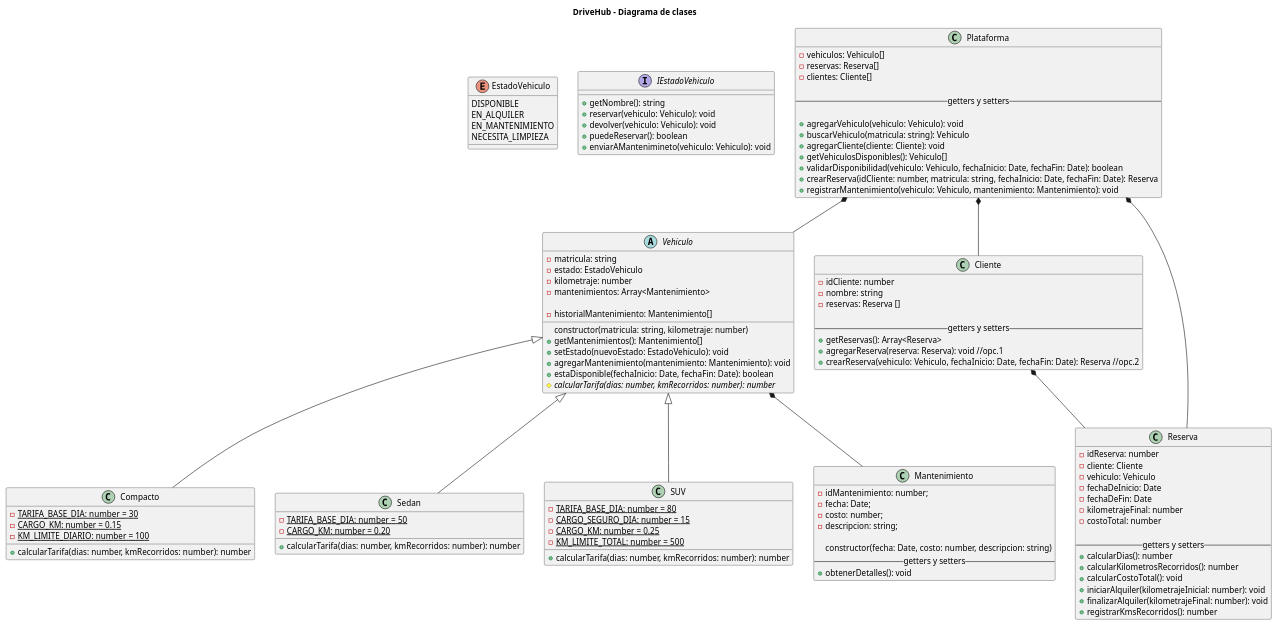
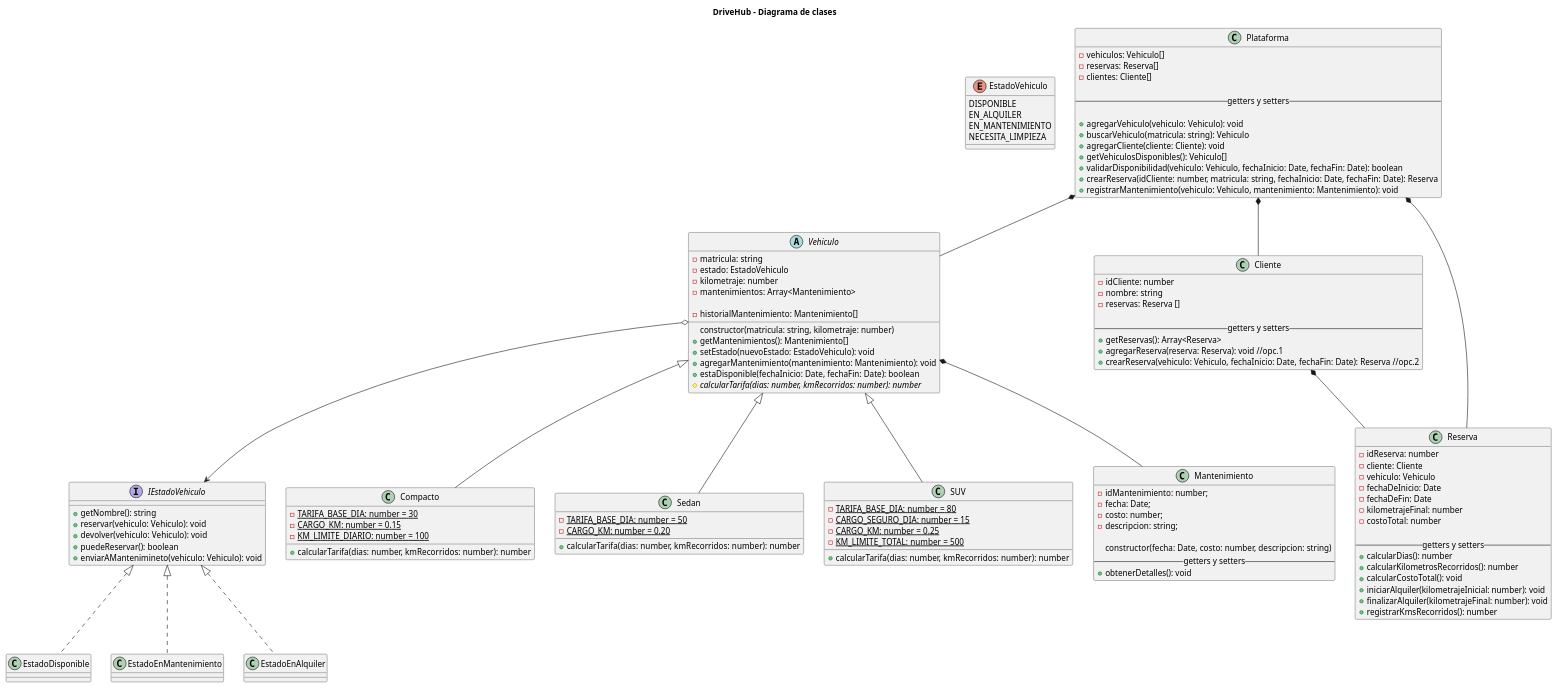
Before and after one commit to martingustavolopez/PROGRAMACION-II-CUVL: the diagram in diagramas/diagrama.puml, drawn with PlantUML.

Commit message:
Planteo de EstadoVehiculo interface - State

```diff
--- a/diagramas/diagrama.puml
+++ b/diagramas/diagrama.puml
@@ -1,138 +1,142 @@
 @startuml
 
 title DriveHub - Diagrama de clases
 
 ' Enumeracion de estado vehiculo
 enum EstadoVehiculo {
     DISPONIBLE
     EN_ALQUILER
     EN_MANTENIMIENTO
     NECESITA_LIMPIEZA
 }
 ' Cambiar el EstadoVehiculo por una interfaz IEstadoVehiculo
 ' Y utilizar el PATRÓN DE DISEÑO - STATE
 ' Planteo
 interface IEstadoVehiculo {
     + getNombre(): string
     + reservar(vehiculo: Vehiculo): void
     + devolver(vehiculo: Vehiculo): void
     + puedeReservar(): boolean
     + enviarAMantenimineto(vehiculo: Vehiculo): void
 }
 ' Crear las clases Concretas que implementen IEstadoVehiculo
 ' EstadoDisponible : EstadoEnMantenimiento : EstadoEnAlquiler
+class EstadoDisponible {}
+class EstadoEnMantenimiento {}
+class EstadoEnAlquiler {}
 
 abstract class Vehiculo {
     - matricula: string
     - estado: EstadoVehiculo
     - kilometraje: number
     - mantenimientos: Array<Mantenimiento>
     
     constructor(matricula: string, kilometraje: number)
     + getMantenimientos(): Mantenimiento[]
     + setEstado(nuevoEstado: EstadoVehiculo): void
     + agregarMantenimiento(mantenimiento: Mantenimiento): void
     + estaDisponible(fechaInicio: Date, fechaFin: Date): boolean
     # {abstract} calcularTarifa(dias: number, kmRecorridos: number): number
     - historialMantenimiento: Mantenimiento[]
 }
 
 class Compacto {
     - {static} TARIFA_BASE_DIA: number = 30
     - {static} CARGO_KM: number = 0.15
     - {static} KM_LIMITE_DIARIO: number = 100 
 
     + calcularTarifa(dias: number, kmRecorridos: number): number        
 }
 
 class Sedan {
     - {static} TARIFA_BASE_DIA: number = 50
     - {static} CARGO_KM: number = 0.20
 
     + calcularTarifa(dias: number, kmRecorridos: number): number
 }
 
 
 class SUV {
     - {static} TARIFA_BASE_DIA: number = 80
     - {static} CARGO_SEGURO_DIA: number = 15
     - {static} CARGO_KM: number = 0.25
     - {static} KM_LIMITE_TOTAL: number = 500
 
     + calcularTarifa(dias: number, kmRecorridos: number): number
 }
 
 
 class Cliente {
     - idCliente: number
     - nombre: string
     - reservas: Reserva []
 
     -- getters y setters --
     + getReservas(): Array<Reserva>
     + agregarReserva(reserva: Reserva): void //opc.1
     + crearReserva(vehiculo: Vehiculo, fechaInicio: Date, fechaFin: Date): Reserva //opc.2
 }
 
 class Reserva {
     - idReserva: number
     - cliente: Cliente
     - vehiculo: Vehiculo
     - fechaDeInicio: Date
     - fechaDeFin: Date
     - kilometrajeFinal: number
     - costoTotal: number
 
     -- getters y setters --
     + calcularDias(): number
     + calcularKilometrosRecorridos(): number
     + calcularCostoTotal(): void
     + iniciarAlquiler(kilometrajeInicial: number): void
     + finalizarAlquiler(kilometrajeFinal: number): void
     + registrarKmsRecorridos(): number
 }
 
 class Mantenimiento {
     - idMantenimiento: number;
     - fecha: Date;
     - costo: number;
     - descripcion: string;
     
     constructor(fecha: Date, costo: number, descripcion: string)
     -- getters y setters --
     + obtenerDetalles(): void
 }
 
 class Plataforma {
     - vehiculos: Vehiculo[]
     - reservas: Reserva[]
     - clientes: Cliente[]
 
     -- getters y setters --
 
     + agregarVehiculo(vehiculo: Vehiculo): void
     + buscarVehiculo(matricula: string): Vehiculo
     + agregarCliente(cliente: Cliente): void
     + getVehiculosDisponibles(): Vehiculo[]
     + validarDisponibilidad(vehiculo: Vehiculo, fechaInicio: Date, fechaFin: Date): boolean
     + crearReserva(idCliente: number, matricula: string, fechaInicio: Date, fechaFin: Date): Reserva
     + registrarMantenimiento(vehiculo: Vehiculo, mantenimiento: Mantenimiento): void
 }
 
 ' Relaciones de herencia
 Vehiculo <|-- Compacto
 Vehiculo <|-- Sedan
 Vehiculo <|-- SUV
 
 ' Relaciones de composición
 Vehiculo *-- Mantenimiento
 Cliente *-- Reserva
 Plataforma *-- Vehiculo
 Plataforma *-- Cliente
 Plataforma *-- Reserva
 
-' Notas
-
-
+Vehiculo o--> IEstadoVehiculo
+IEstadoVehiculo <|.. EstadoEnMantenimiento
+IEstadoVehiculo <|.. EstadoEnAlquiler
+IEstadoVehiculo <|.. EstadoDisponible
 
 @enduml
```
